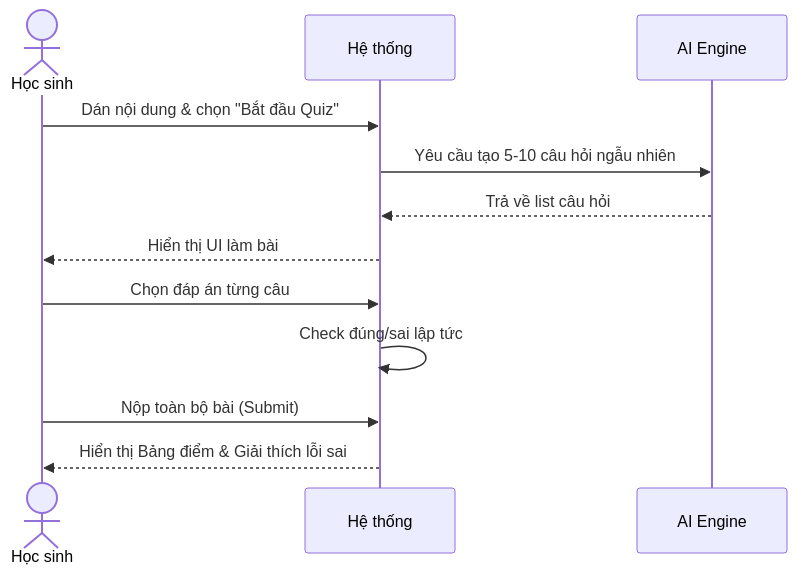
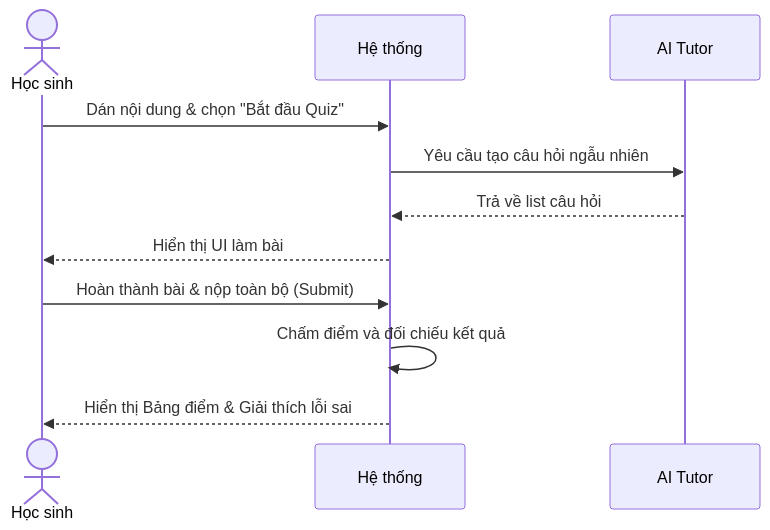
The sixth of 8 diagrams in docs/usecase/nhom_5_magicstudent.md (Cong-ty-TNNH-Q-Tech/Q-School), drawn with Mermaid before and after one commit. The commit also changed other lines of this file and 4 other files, not shown here.

Commit message:
docs(usecase): standardize all tables and sequence diagrams, fix temporal logic and AI roles

````diff
--- a/docs/usecase/nhom_5_magicstudent.md
+++ b/docs/usecase/nhom_5_magicstudent.md
@@ -194,15 +166,14 @@
 ```mermaid
 sequenceDiagram
     actor HS as Học sinh
     participant HT as Hệ thống
-    participant AI as AI Engine
+    participant AI as AI Tutor
 
     HS->>HT: Dán nội dung & chọn "Bắt đầu Quiz"
-    HT->>AI: Yêu cầu tạo 5-10 câu hỏi ngẫu nhiên
+    HT->>AI: Yêu cầu tạo câu hỏi ngẫu nhiên
     AI-->>HT: Trả về list câu hỏi
     HT-->>HS: Hiển thị UI làm bài
-    HS->>HT: Chọn đáp án từng câu
-    HT->>HT: Check đúng/sai lập tức
-    HS->>HT: Nộp toàn bộ bài (Submit)
+    HS->>HT: Hoàn thành bài & nộp toàn bộ (Submit)
+    HT->>HT: Chấm điểm và đối chiếu kết quả
     HT-->>HS: Hiển thị Bảng điểm & Giải thích lỗi sai
 ```
````
